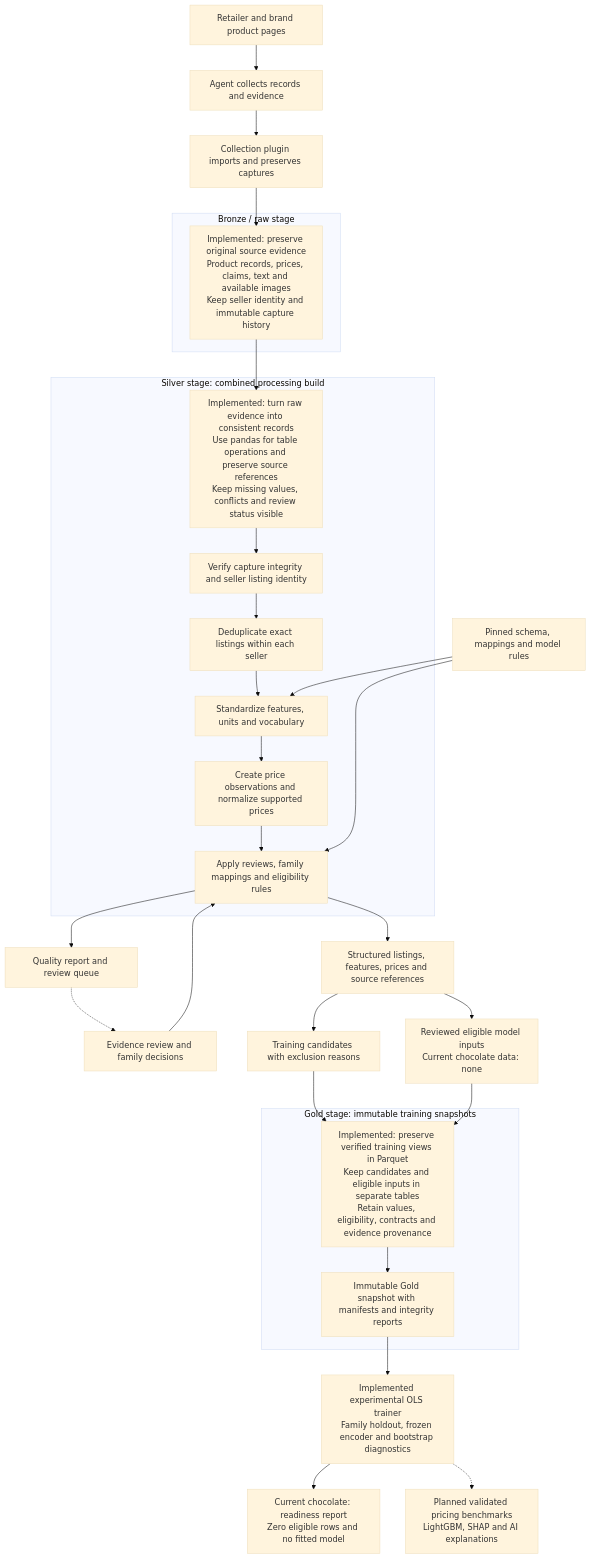
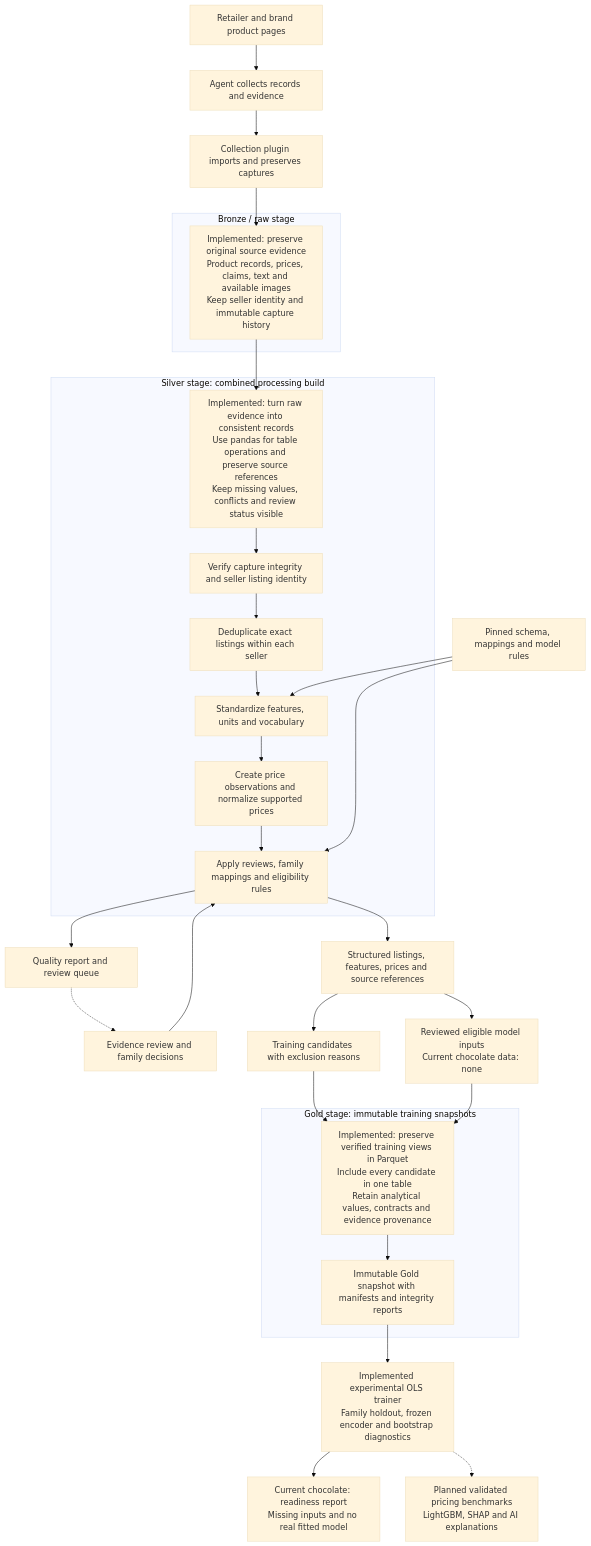
The diagram in docs/data/chocolate-silver.md (CoralLeiCN/rgc), drawn with Mermaid (base theme) before and after one commit. The commit also changed other lines of this file and 44 other files, not shown here.

Commit message:
Remove eligibility fields and gates from Gold training data

````diff
--- a/docs/data/chocolate-silver.md
+++ b/docs/data/chocolate-silver.md
@@ -50,39 +50,39 @@
 ```mermaid
 flowchart TD
     Sources["Retailer and brand product pages"] --> Agent["Agent collects records and evidence"]
     Agent --> Collection["Collection plugin imports and preserves captures"]
     Collection --> Raw
 
     subgraph Bronze["Bronze / raw stage"]
         Raw["Implemented: preserve original source evidence<br/>Product records, prices, claims, text and available images<br/>Keep seller identity and immutable capture history"]
     end
 
     Raw --> SilverPurpose
 
     subgraph Silver["Silver stage: combined processing build"]
         SilverPurpose["Implemented: turn raw evidence into consistent records<br/>Use pandas for table operations and preserve source references<br/>Keep missing values, conflicts and review status visible"] --> Verify
         Verify["Verify capture integrity and seller listing identity"] --> Deduplicate["Deduplicate exact listings within each seller"]
         Deduplicate --> Standardize["Standardize features, units and vocabulary"]
         Standardize --> Prices["Create price observations and normalize supported prices"]
         Prices --> Gates["Apply reviews, family mappings and eligibility rules"]
     end
 
     Contracts["Pinned schema, mappings and model rules"] --> Standardize
     Contracts --> Gates
     Reviews["Evidence review and family decisions"] --> Gates
     Gates --> Dataset["Structured listings, features, prices and source references"]
     Gates --> Reports["Quality report and review queue"]
     Reports -.-> Reviews
     Dataset --> Candidates["Training candidates with exclusion reasons"]
     Dataset --> Eligible["Reviewed eligible model inputs<br/>Current chocolate data: none"]
     Candidates --> GoldPurpose
     Eligible --> GoldPurpose
 
     subgraph Gold["Gold stage: immutable training snapshots"]
-        GoldPurpose["Implemented: preserve verified training views in Parquet<br/>Keep candidates and eligible inputs in separate tables<br/>Retain values, eligibility, contracts and evidence provenance"] --> Snapshot["Immutable Gold snapshot with manifests and integrity reports"]
+        GoldPurpose["Implemented: preserve verified training views in Parquet<br/>Include every candidate in one table<br/>Retain analytical values, contracts and evidence provenance"] --> Snapshot["Immutable Gold snapshot with manifests and integrity reports"]
     end
 
     Snapshot --> Trainer["Implemented experimental OLS trainer<br/>Family holdout, frozen encoder and bootstrap diagnostics"]
-    Trainer --> Readiness["Current chocolate: readiness report<br/>Zero eligible rows and no fitted model"]
+    Trainer --> Readiness["Current chocolate: readiness report<br/>Missing inputs and no real fitted model"]
     Trainer -.-> Future["Planned validated pricing benchmarks<br/>LightGBM, SHAP and AI explanations"]
 ```
````
